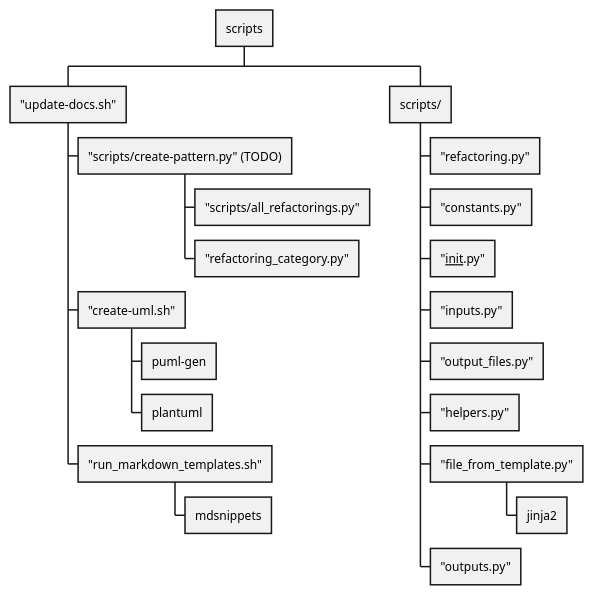
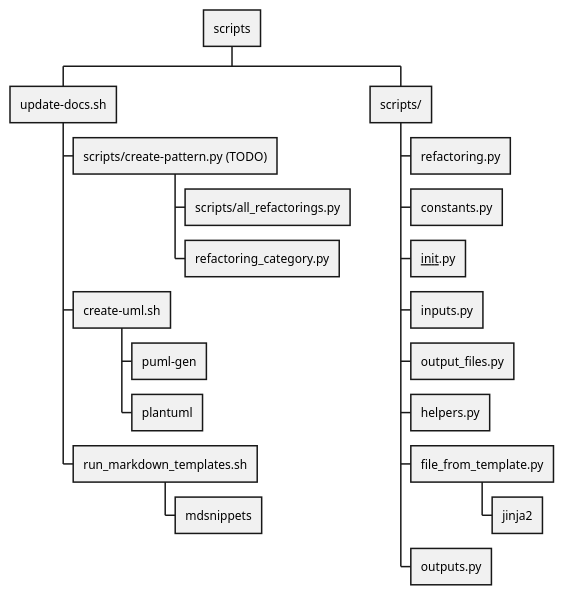
One commit to claremacrae/RefactoringSamples changed the diagram in uml/Scripts/Scripts.puml. Above: the diagram before and after it, drawn with PlantUML.

Commit message:
Remove unncessary quotes from Scripts.puml

```diff
--- a/uml/Scripts/Scripts.puml
+++ b/uml/Scripts/Scripts.puml
@@ -1,24 +1,24 @@
 @startwbs
 
 * scripts
-** "update-docs.sh"
-*** "scripts/create-pattern.py" (TODO)
-**** "scripts/all_refactorings.py"
-**** "refactoring_category.py"
-*** "create-uml.sh"
+** update-docs.sh
+*** scripts/create-pattern.py (TODO)
+**** scripts/all_refactorings.py
+**** refactoring_category.py
+*** create-uml.sh
 **** puml-gen
 **** plantuml
-*** "run_markdown_templates.sh"
+*** run_markdown_templates.sh
 **** mdsnippets
 ** scripts/
-*** "refactoring.py"
-*** "constants.py"
-*** "__init__.py"
-*** "inputs.py"
-*** "output_files.py"
-*** "helpers.py"
-*** "file_from_template.py"
+*** refactoring.py
+*** constants.py
+*** __init__.py
+*** inputs.py
+*** output_files.py
+*** helpers.py
+*** file_from_template.py
 **** jinja2
-*** "outputs.py"
+*** outputs.py
 
 @endwbs
```
